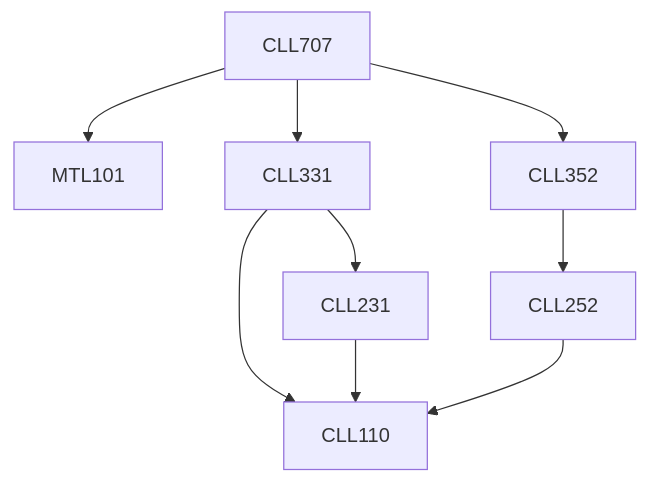
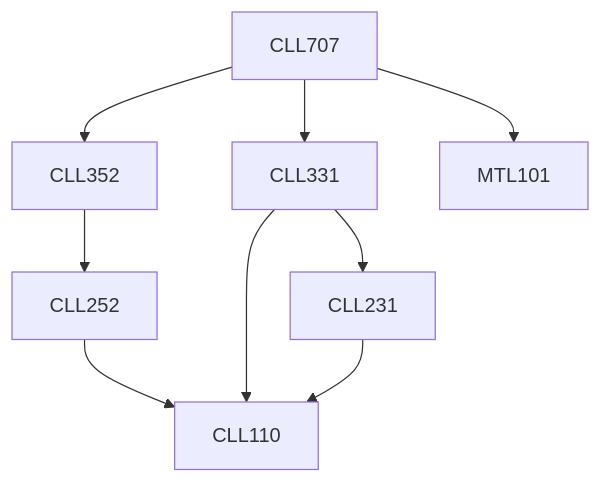
Before and after one commit to KeshavBansal0122/CoS_Website: the diagram in content/Chemical Engineering/CLL707.md, drawn with Mermaid. The commit also changed other lines of this file and 392 other files, not shown here.

````diff
--- a/content/Chemical Engineering/CLL707.md
+++ b/content/Chemical Engineering/CLL707.md
@@ -13,15 +13,15 @@
 ```mermaid
 flowchart TD
 CLL707-128[CLL707]
+CLL252-128 --> CLL110-128[CLL110]
+CLL352-128 --> CLL252-128[CLL252]
+CLL331-128 --> CLL231-128[CLL231]
 CLL331-128 --> CLL110-128[CLL110]
-CLL252-128 --> CLL110-128[CLL110]
 CLL707-128 --> MTL101-128[MTL101]
+CLL231-128 --> CLL110-128[CLL110]
+CLL707-128 --> CLL352-128[CLL352]
 CLL707-128 --> CLL331-128[CLL331]
-CLL331-128 --> CLL231-128[CLL231]
-CLL707-128 --> CLL352-128[CLL352]
-CLL231-128 --> CLL110-128[CLL110]
-CLL352-128 --> CLL252-128[CLL252]
 
 classDef empty height:17px, fill:transparent, stroke:transparent;
 classDef trueEmpty height:0px, width:0px;
 ```
````
